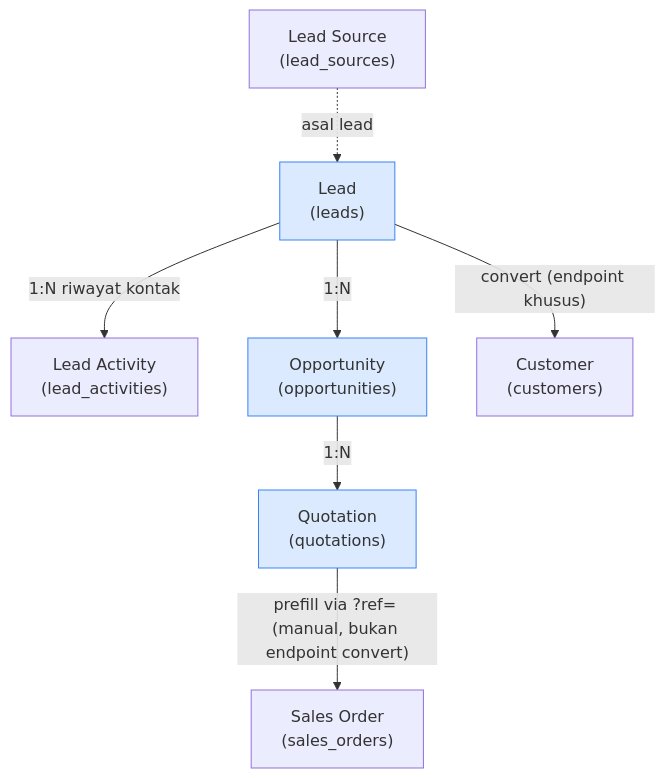
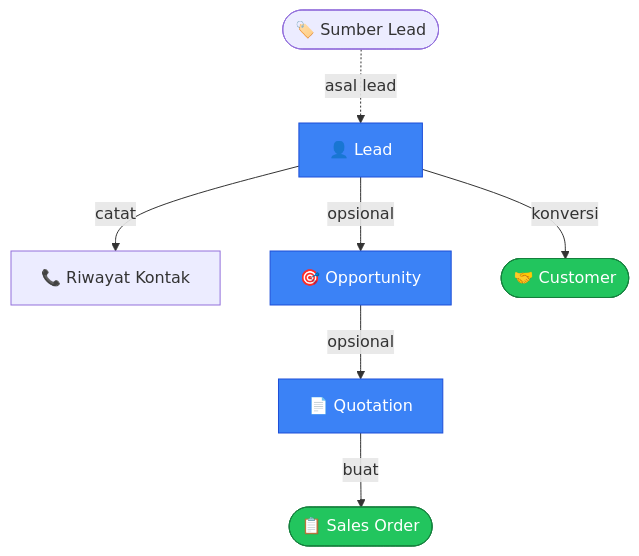
The first of 2 diagrams in docs/modules/crm.md (RimbunCode/erp_pataya), drawn with Mermaid before and after one commit. The commit also changed other lines of this file and 14 other files, not shown here.

````diff
--- a/docs/modules/crm.md
+++ b/docs/modules/crm.md
@@ -43,20 +30,23 @@
 ```mermaid
 flowchart TD
-    L["Lead<br/>(leads)"]
-    LA["Lead Activity<br/>(lead_activities)"]
-    LS["Lead Source<br/>(lead_sources)"]
-    O["Opportunity<br/>(opportunities)"]
-    Q["Quotation<br/>(quotations)"]
-    C["Customer<br/>(customers)"]
-    SO["Sales Order<br/>(sales_orders)"]
+    LS(["🏷️ Sumber Lead"])
+    L["👤 Lead"]
+    LA["📞 Riwayat Kontak"]
+    O["🎯 Opportunity"]
+    Q["📄 Quotation"]
+    C(["🤝 Customer"])
+    SO(["📋 Sales Order"])
 
     LS -.->|"asal lead"| L
-    L -->|"1:N riwayat kontak"| LA
-    L -->|"convert (endpoint khusus)"| C
-    L -->|"1:N"| O
-    O -->|"1:N"| Q
-    Q -->|"prefill via ?ref= (manual, bukan endpoint convert)"| SO
+    L -->|"catat"| LA
+    L -->|"konversi"| C
+    L -->|"opsional"| O
+    O -->|"opsional"| Q
+    Q -->|"buat"| SO
 
-    classDef src fill:#dbeafe,stroke:#3b82f6;
-    class L,O,Q src;
+    style L fill:#3b82f6,stroke:#1d4ed8,color:#fff
+    style O fill:#3b82f6,stroke:#1d4ed8,color:#fff
+    style Q fill:#3b82f6,stroke:#1d4ed8,color:#fff
+    style C fill:#22c55e,stroke:#15803d,color:#fff
+    style SO fill:#22c55e,stroke:#15803d,color:#fff
 ```
````
